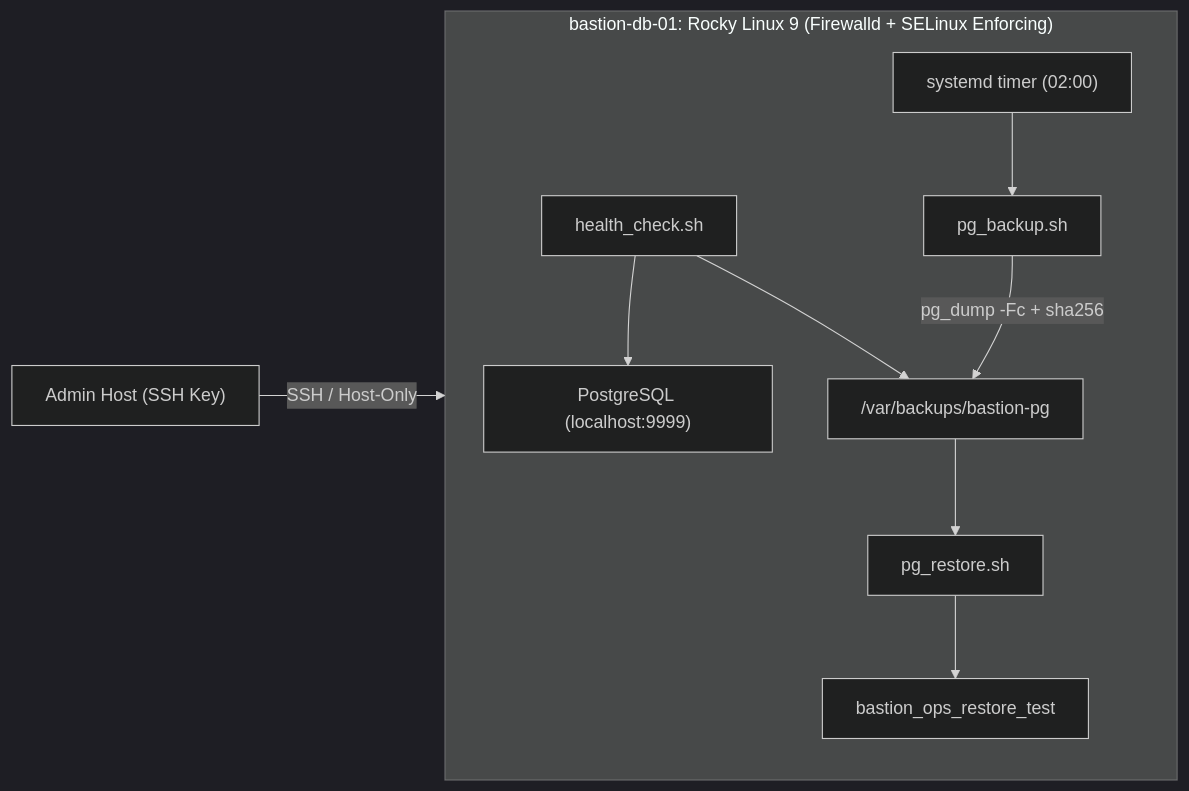
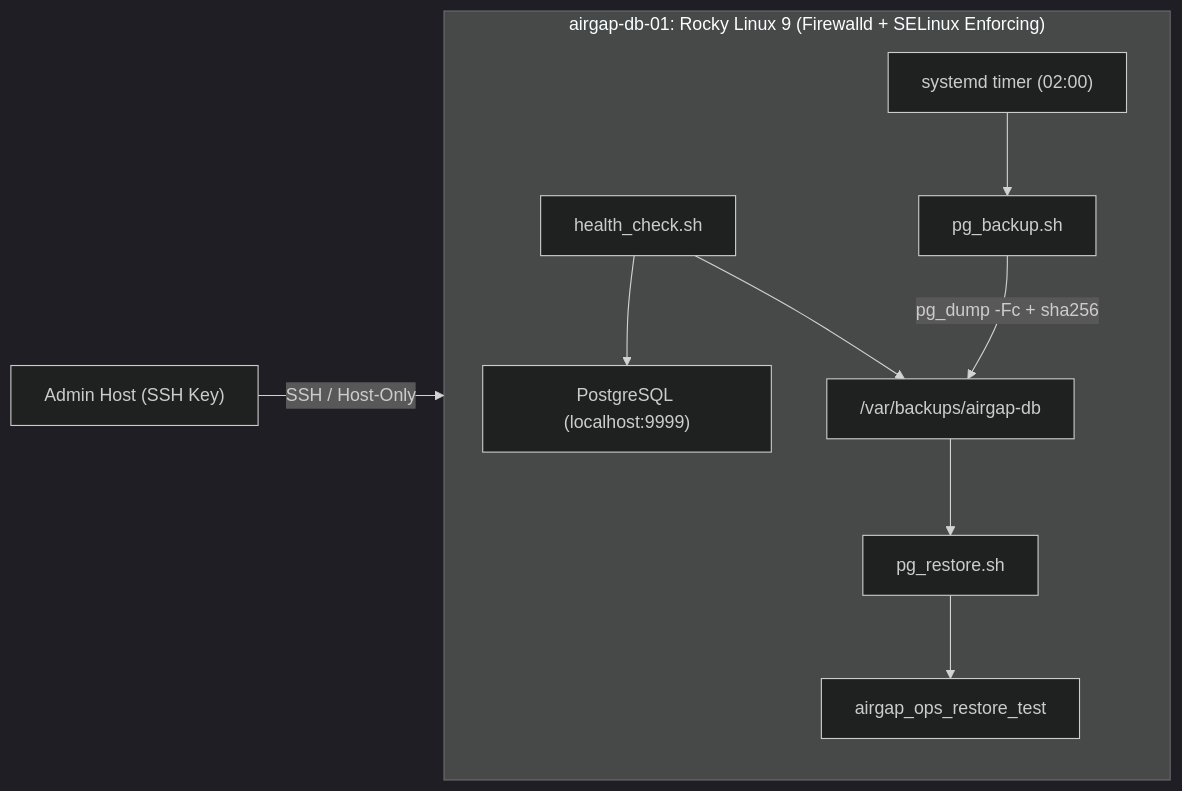
Before and after one commit to emredalaman07/airgap-ops: the diagram in README.md, drawn with Mermaid (dark theme). The commit also changed other lines of this file and 14 other files, not shown here.

Commit message:
Rename project from bastion-pg-ops to AirgapOps (airgap-db-ops)

````diff
--- a/README.md
+++ b/README.md
@@ -7,14 +7,14 @@
 ```mermaid
 flowchart LR
     Admin["Admin Host (SSH Key)"] -->|SSH / Host-Only| VM
 
-    subgraph VM["bastion-db-01: Rocky Linux 9 (Firewalld + SELinux Enforcing)"]
+    subgraph VM["airgap-db-01: Rocky Linux 9 (Firewalld + SELinux Enforcing)"]
         PG["PostgreSQL (localhost:9999)"]
         Timer["systemd timer (02:00)"] --> Backup["pg_backup.sh"]
-        Backup -->|pg_dump -Fc + sha256| Store["/var/backups/bastion-pg"]
+        Backup -->|pg_dump -Fc + sha256| Store["/var/backups/airgap-db"]
         Store --> Restore["pg_restore.sh"]
-        Restore --> TestDB["bastion_ops_restore_test"]
+        Restore --> TestDB["airgap_ops_restore_test"]
         Health["health_check.sh"] --> PG
         Health --> Store
     end
 ```
````
